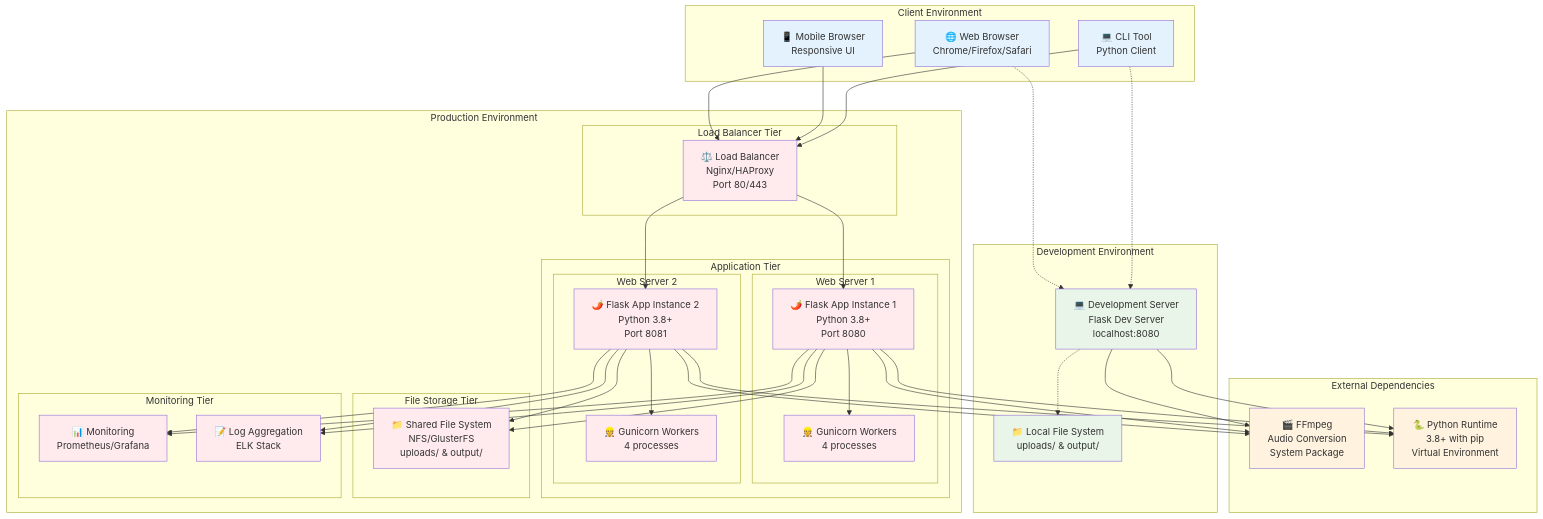
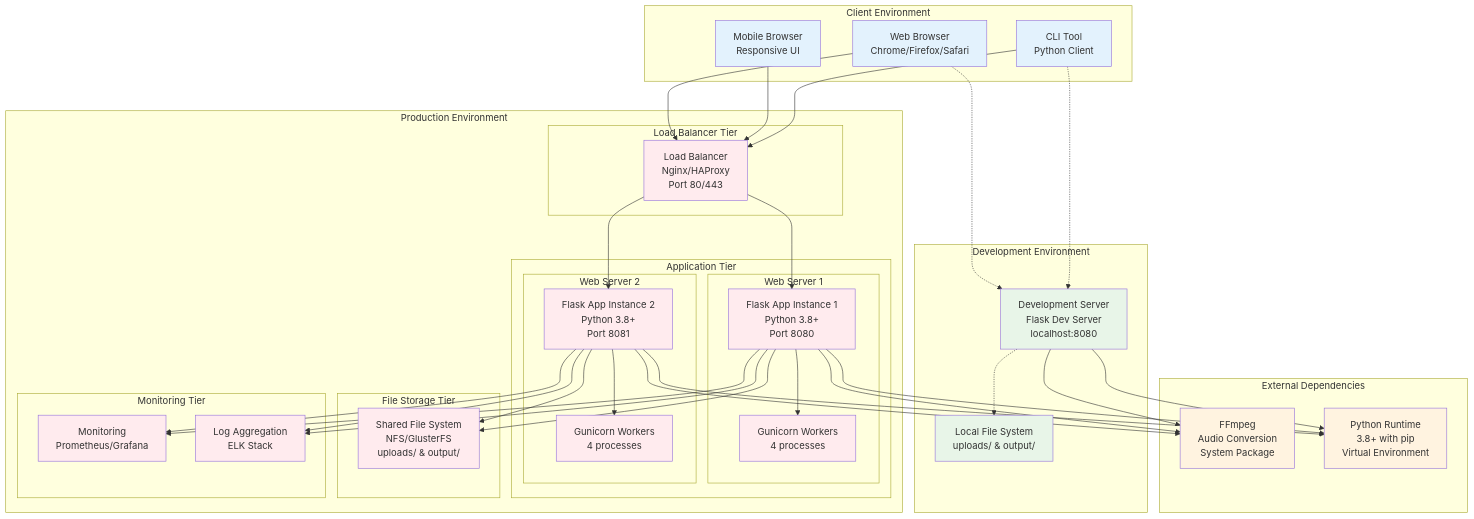
One commit to Aya2nusairat7/steganotool-enhanced changed the eighth of 16 diagrams in docs/comprehensive_uml_diagrams.md. Above: the diagram before and after it, drawn with Mermaid. The commit also changed other lines of this file, not shown here.

Commit message:
Add UML documentation with Mermaid diagrams

```diff
--- a/docs/comprehensive_uml_diagrams.md
+++ b/docs/comprehensive_uml_diagrams.md
@@ -405,45 +441,45 @@
 graph TB
     subgraph "Production Environment"
         subgraph "Load Balancer Tier"
-            LB[⚖️ Load Balancer<br/>Nginx/HAProxy<br/>Port 80/443]
+            LB[Load Balancer<br/>Nginx/HAProxy<br/>Port 80/443]
         end
         
         subgraph "Application Tier"
             subgraph "Web Server 1"
-                App1[🌶️ Flask App Instance 1<br/>Python 3.8+<br/>Port 8080]
-                Worker1[👷 Gunicorn Workers<br/>4 processes]
+                App1[Flask App Instance 1<br/>Python 3.8+<br/>Port 8080]
+                Worker1[Gunicorn Workers<br/>4 processes]
             end
             
             subgraph "Web Server 2"
-                App2[🌶️ Flask App Instance 2<br/>Python 3.8+<br/>Port 8081]
-                Worker2[👷 Gunicorn Workers<br/>4 processes]
+                App2[Flask App Instance 2<br/>Python 3.8+<br/>Port 8081]
+                Worker2[Gunicorn Workers<br/>4 processes]
             end
         end
         
         subgraph "File Storage Tier"
-            SharedFS[📁 Shared File System<br/>NFS/GlusterFS<br/>uploads/ & output/]
+            SharedFS[Shared File System<br/>NFS/GlusterFS<br/>uploads/ & output/]
         end
         
         subgraph "Monitoring Tier"
-            Monitor[📊 Monitoring<br/>Prometheus/Grafana]
-            Logs[📝 Log Aggregation<br/>ELK Stack]
+            Monitor[Monitoring<br/>Prometheus/Grafana]
+            Logs[Log Aggregation<br/>ELK Stack]
         end
     end
     
     subgraph "Development Environment"
-        DevServer[💻 Development Server<br/>Flask Dev Server<br/>localhost:8080]
-        LocalFS[📁 Local File System<br/>uploads/ & output/]
+        DevServer[Development Server<br/>Flask Dev Server<br/>localhost:8080]
+        LocalFS[Local File System<br/>uploads/ & output/]
     end
     
     subgraph "Client Environment"
-        Browser[🌐 Web Browser<br/>Chrome/Firefox/Safari]
-        CLITool[💻 CLI Tool<br/>Python Client]
-        Mobile[📱 Mobile Browser<br/>Responsive UI]
+        Browser[Web Browser<br/>Chrome/Firefox/Safari]
+        CLITool[CLI Tool<br/>Python Client]
+        Mobile[Mobile Browser<br/>Responsive UI]
     end
     
     subgraph "External Dependencies"
-        FFmpeg[🎬 FFmpeg<br/>Audio Conversion<br/>System Package]
-        Python[🐍 Python Runtime<br/>3.8+ with pip<br/>Virtual Environment]
+        FFmpeg[FFmpeg<br/>Audio Conversion<br/>System Package]
+        Python[Python Runtime<br/>3.8+ with pip<br/>Virtual Environment]
     end
     
     %% Production connections
```
